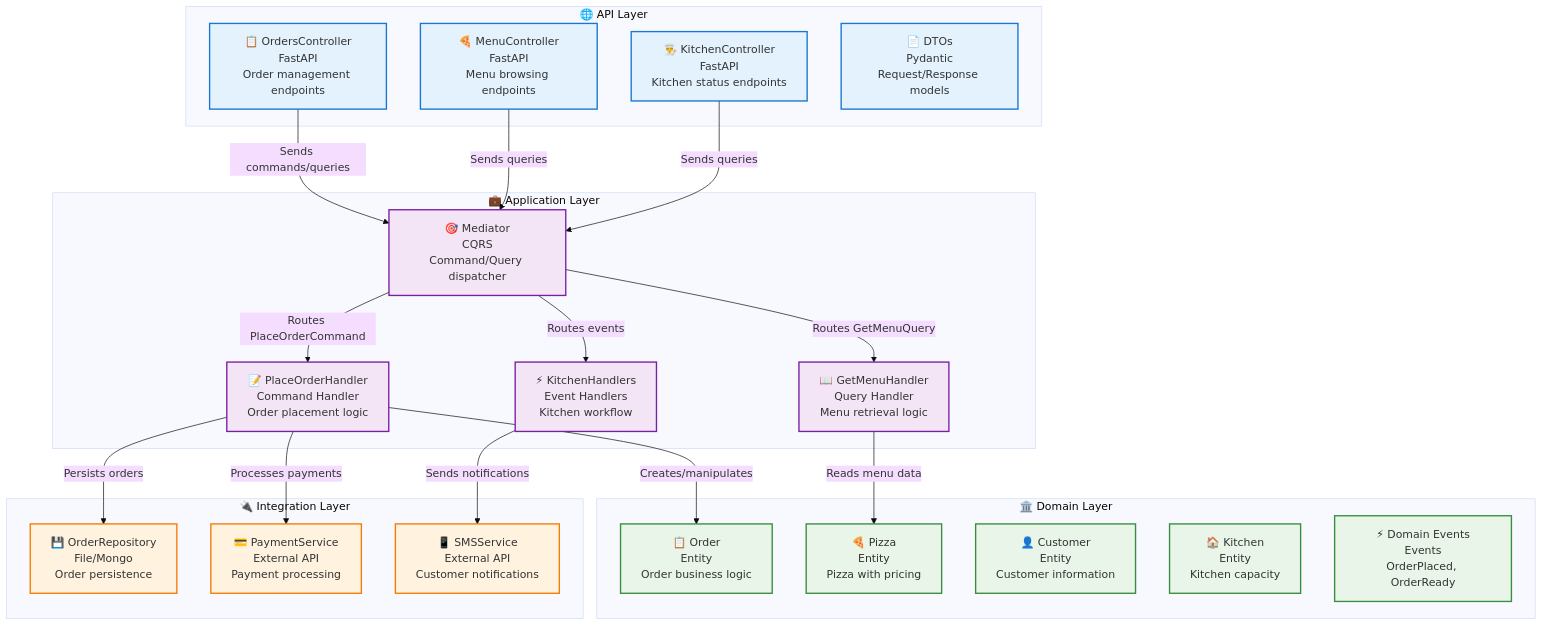
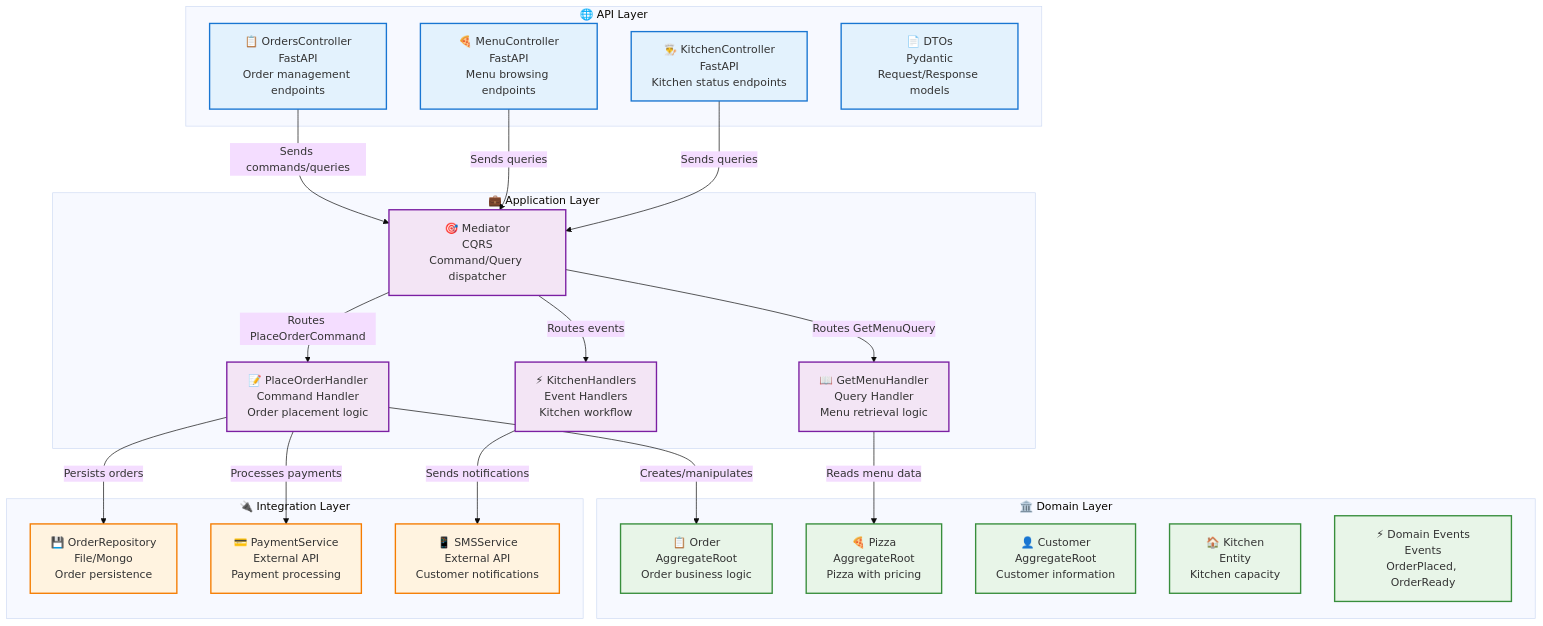
Before and after one commit to bvandewe/pyneuro: the diagram in docs/mario-pizzeria/technical-architecture.md, drawn with Mermaid (base theme). The commit also changed other lines of this file and 2 other files, not shown here.

Commit message:
docs: fix domain model types and add source links
- Verify Kitchen is Entity (not AggregateRoot) per actual code
- Fix technical-architecture diagram to show Kitchen as Entity
- Update Kitchen entity docs to match implementation
- Add GitHub source links to commands/queries
- Update PlaceOrderCommand to match actual implementation

````diff
--- a/docs/mario-pizzeria/technical-architecture.md
+++ b/docs/mario-pizzeria/technical-architecture.md
@@ -33,64 +35,64 @@
 ```mermaid
 graph TB
     %% API Layer
     subgraph APILayer["🌐 API Layer"]
         OrdersController["📋 OrdersController<br/>FastAPI<br/>Order management endpoints"]
         MenuController["🍕 MenuController<br/>FastAPI<br/>Menu browsing endpoints"]
         KitchenController["👨‍🍳 KitchenController<br/>FastAPI<br/>Kitchen status endpoints"]
         DTOs["📄 DTOs<br/>Pydantic<br/>Request/Response models"]
     end
 
     %% Application Layer
     subgraph AppLayer["💼 Application Layer"]
         Mediator["🎯 Mediator<br/>CQRS<br/>Command/Query dispatcher"]
         PlaceOrderHandler["📝 PlaceOrderHandler<br/>Command Handler<br/>Order placement logic"]
         GetMenuHandler["📖 GetMenuHandler<br/>Query Handler<br/>Menu retrieval logic"]
         KitchenHandlers["⚡ KitchenHandlers<br/>Event Handlers<br/>Kitchen workflow"]
     end
 
     %% Domain Layer
     subgraph DomainLayer["🏛️ Domain Layer"]
-        OrderEntity["📋 Order<br/>Entity<br/>Order business logic"]
-        PizzaEntity["🍕 Pizza<br/>Entity<br/>Pizza with pricing"]
-        CustomerEntity["👤 Customer<br/>Entity<br/>Customer information"]
+        OrderEntity["📋 Order<br/>AggregateRoot<br/>Order business logic"]
+        PizzaEntity["🍕 Pizza<br/>AggregateRoot<br/>Pizza with pricing"]
+        CustomerEntity["👤 Customer<br/>AggregateRoot<br/>Customer information"]
         KitchenEntity["🏠 Kitchen<br/>Entity<br/>Kitchen capacity"]
         DomainEvents["⚡ Domain Events<br/>Events<br/>OrderPlaced, OrderReady"]
     end
 
     %% Integration Layer
     subgraph IntegrationLayer["🔌 Integration Layer"]
         OrderRepo["💾 OrderRepository<br/>File/Mongo<br/>Order persistence"]
         PaymentService["💳 PaymentService<br/>External API<br/>Payment processing"]
         SMSService["📱 SMSService<br/>External API<br/>Customer notifications"]
     end
 
     %% API to Application connections
     OrdersController -->|Sends commands/queries| Mediator
     MenuController -->|Sends queries| Mediator
     KitchenController -->|Sends queries| Mediator
 
     %% Application Layer connections
     Mediator -->|Routes PlaceOrderCommand| PlaceOrderHandler
     Mediator -->|Routes GetMenuQuery| GetMenuHandler
     Mediator -->|Routes events| KitchenHandlers
 
     %% Application to Domain connections
     PlaceOrderHandler -->|Creates/manipulates| OrderEntity
     GetMenuHandler -->|Reads menu data| PizzaEntity
 
     %% Application to Integration connections
     PlaceOrderHandler -->|Persists orders| OrderRepo
     PlaceOrderHandler -->|Processes payments| PaymentService
     KitchenHandlers -->|Sends notifications| SMSService
 
     %% Styling
     classDef apiLayer fill:#E3F2FD,stroke:#1976D2,stroke-width:2px
     classDef appLayer fill:#F3E5F5,stroke:#7B1FA2,stroke-width:2px
     classDef domainLayer fill:#E8F5E8,stroke:#388E3C,stroke-width:2px
     classDef integrationLayer fill:#FFF3E0,stroke:#F57C00,stroke-width:2px
 
     class OrdersController,MenuController,KitchenController,DTOs apiLayer
     class Mediator,PlaceOrderHandler,GetMenuHandler,KitchenHandlers appLayer
     class OrderEntity,PizzaEntity,CustomerEntity,KitchenEntity,DomainEvents domainLayer
     class OrderRepo,PaymentService,SMSService integrationLayer
 ```
````
